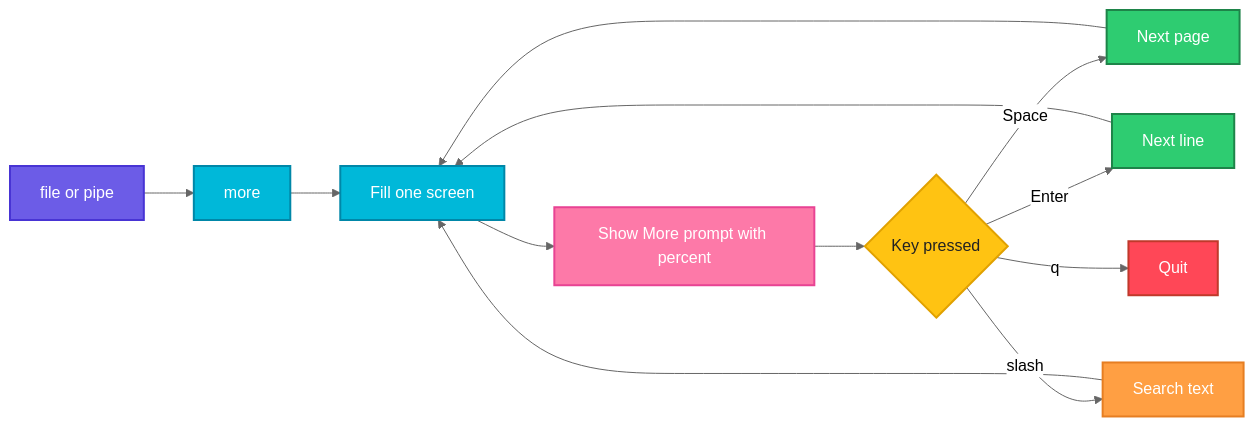
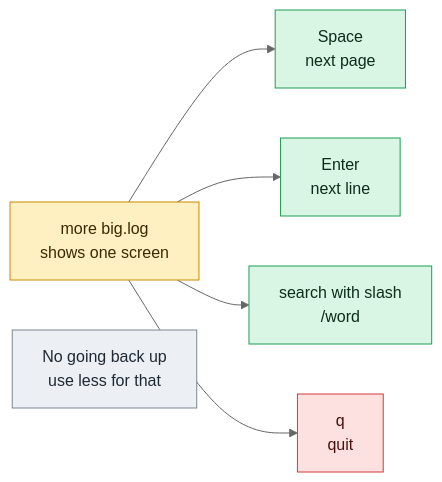
One commit to codeKerdosTech/DevOps-Documentation changed the diagram in linux/file-management/more.md. Above: the diagram before and after it, drawn with Mermaid (neutral theme). The commit also changed other lines of this file and 165 other files, not shown here.

Commit message:
updated diagrams in linux

````diff
--- a/linux/file-management/more.md
+++ b/linux/file-management/more.md
@@ -15,28 +15,17 @@
 ```mermaid
 flowchart LR
-    A[file or pipe] --> B[more]
-    B --> C[Fill one screen]
-    C --> D[Show More prompt with percent]
-    D --> E{Key pressed}
-    E -->|Space| F[Next page]
-    E -->|Enter| G[Next line]
-    E -->|slash| H[Search text]
-    E -->|q| I[Quit]
-    F --> C
-    G --> C
-    H --> C
-    classDef start fill:#6C5CE7,stroke:#4834D4,stroke-width:2px,color:#fff
-    classDef proc fill:#00B8D9,stroke:#0087A8,stroke-width:2px,color:#fff
-    classDef dec fill:#FFC312,stroke:#E1A100,stroke-width:2px,color:#222
-    classDef ok fill:#2ECC71,stroke:#1E8449,stroke-width:2px,color:#fff
-    classDef err fill:#FF4757,stroke:#C0392B,stroke-width:2px,color:#fff
-    classDef out fill:#FD79A8,stroke:#E84393,stroke-width:2px,color:#fff
-    classDef alt fill:#FF9F43,stroke:#E67E22,stroke-width:2px,color:#fff
-    class A start
-    class B,C proc
-    class D out
-    class E dec
-    class F,G ok
-    class H alt
-    class I err
+    c1[more big.log<br/>shows one screen] --> o1[Space<br/>next page]
+    c1 --> o2[Enter<br/>next line]
+    c1 --> o3[search with slash<br/>/word]
+    c1 --> x1[q<br/>quit]
+    n1[No going back up<br/>use less for that]
+    classDef inp fill:#DCEBFF,stroke:#2F6FDE,color:#10213F
+    classDef cmd fill:#FFF0C2,stroke:#C98A00,color:#3A2A00
+    classDef out fill:#D9F5E3,stroke:#1F9D55,color:#0B2E1A
+    classDef bad fill:#FDE0E0,stroke:#D13B3B,color:#4A0F0F
+    classDef note fill:#ECEFF3,stroke:#7B8794,color:#1F2933
+    class c1 cmd
+    class o1,o2,o3 out
+    class x1 bad
+    class n1 note
 ```
````
